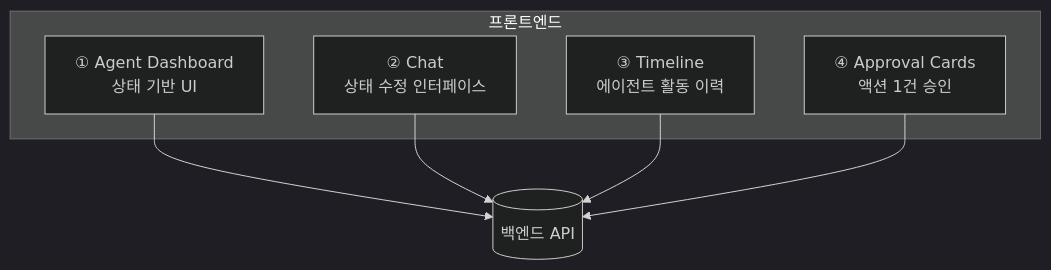
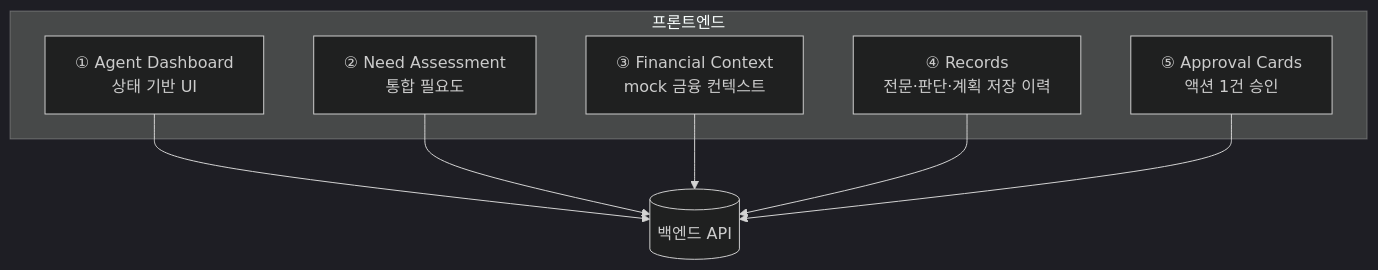
Before and after one commit to YoonMin02/JB-WM-frontend: the first of 2 diagrams in README.md, drawn with Mermaid (dark theme). The commit also changed other lines of this file, not shown here.

````diff
--- a/README.md
+++ b/README.md
@@ -15,14 +15,16 @@
 ```mermaid
 flowchart TB
     subgraph FE["프론트엔드"]
         DASH["① Agent Dashboard<br/>상태 기반 UI"]
-        CHAT["② Chat<br/>상태 수정 인터페이스"]
-        TIME["③ Timeline<br/>에이전트 활동 이력"]
-        APPROVE["④ Approval Cards<br/>액션 1건 승인"]
+        NEED["② Need Assessment<br/>통합 필요도"]
+        DATA["③ Financial Context<br/>mock 금융 컨텍스트"]
+        RECORD["④ Records<br/>전문·판단·계획 저장 이력"]
+        APPROVE["⑤ Approval Cards<br/>액션 1건 승인"]
     end
     BE[(백엔드 API)]
     DASH --> BE
-    CHAT --> BE
-    TIME --> BE
+    NEED --> BE
+    DATA --> BE
+    RECORD --> BE
     APPROVE --> BE
 ```
````
